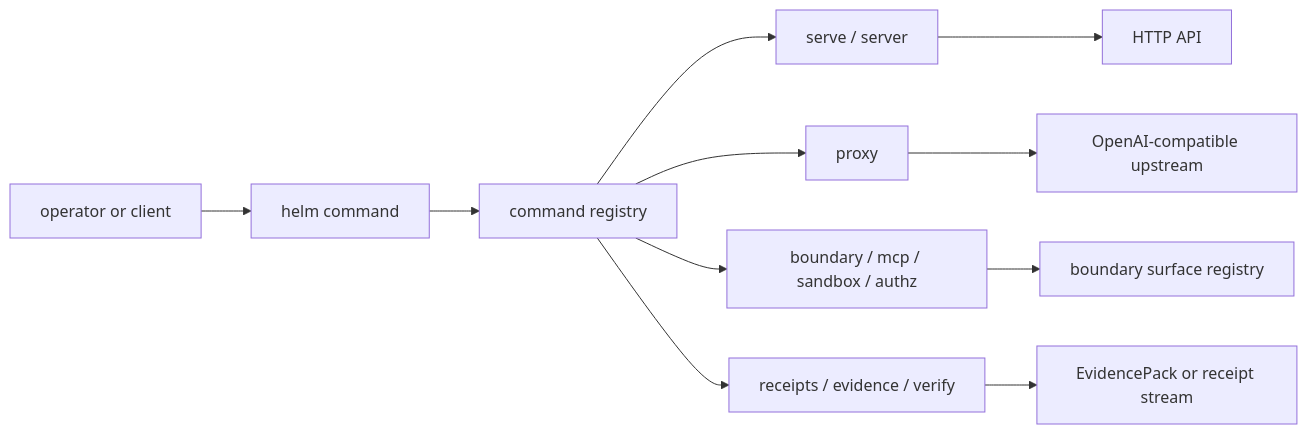
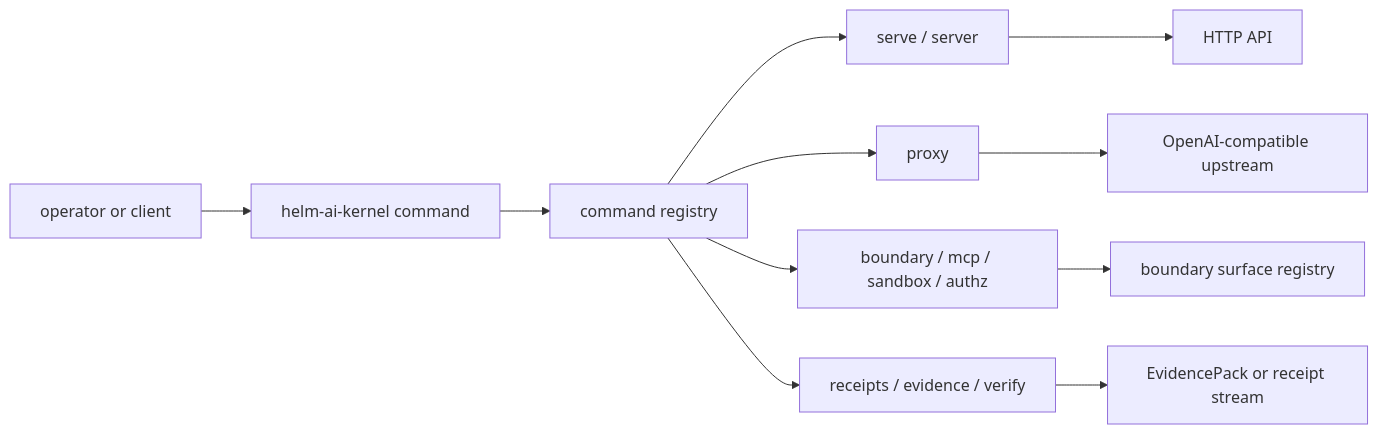
The diagram in docs/reference/cli.md (Mindburn-Labs/helm-ai-kernel), drawn with Mermaid before and after one commit. The commit also changed other lines of this file and 966 other files, not shown here.

First line of the commit message:
chore: complete helm-ai-kernel rename (#138)

````diff
--- a/docs/reference/cli.md
+++ b/docs/reference/cli.md
@@ -24,13 +24,13 @@
 ```mermaid
 flowchart LR
-  User["operator or client"] --> CLI["helm command"]
+  User["operator or client"] --> CLI["helm-ai-kernel command"]
   CLI --> Registry["command registry"]
   Registry --> Server["serve / server"]
   Registry --> Proxy["proxy"]
   Registry --> Boundary["boundary / mcp / sandbox / authz"]
   Registry --> Evidence["receipts / evidence / verify"]
   Server --> API["HTTP API"]
   Proxy --> Upstream["OpenAI-compatible upstream"]
   Boundary --> State["boundary surface registry"]
   Evidence --> Pack["EvidencePack or receipt stream"]
 ```
````
